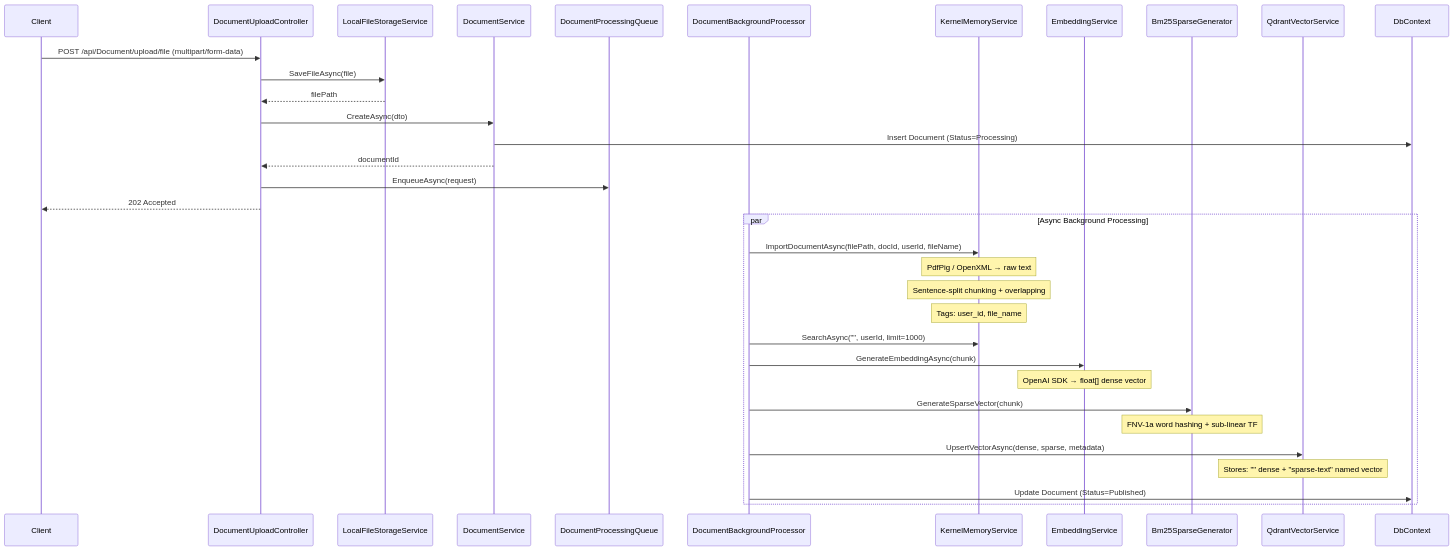
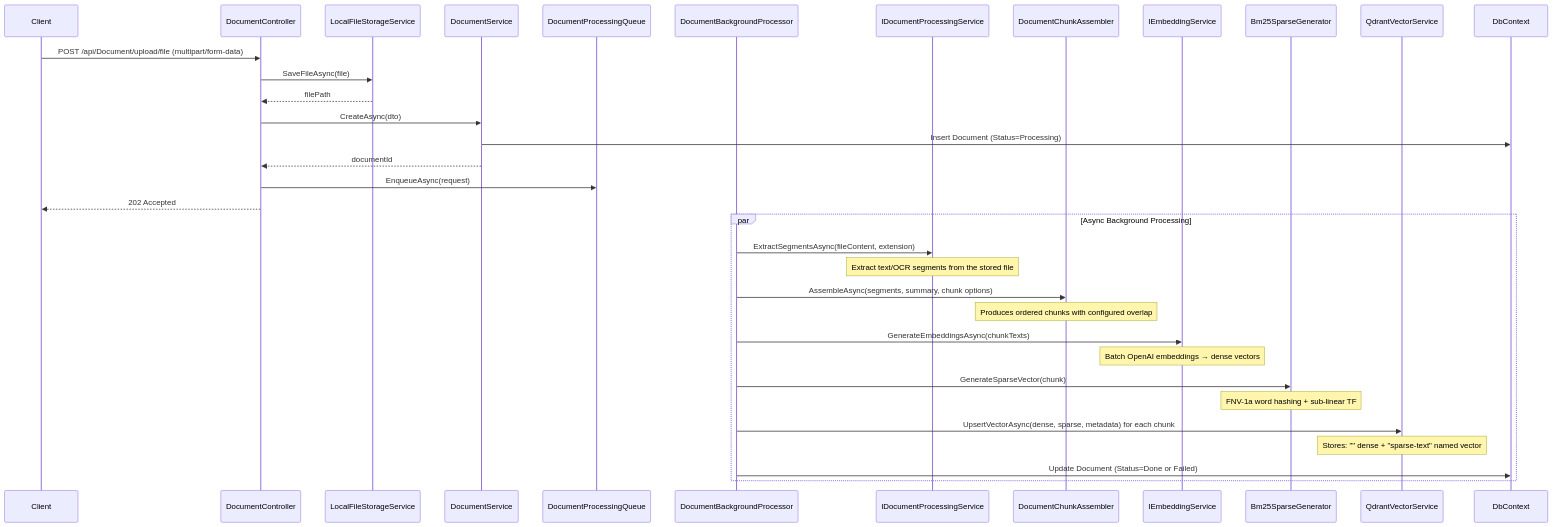
Before and after one commit to SWP391-SU26-SE1923-GROUP5/BE-SWP: the first of 5 diagrams in README.md, drawn with Mermaid. The commit also changed other lines of this file and 2 other files, not shown here.

Commit message:
fix: align upload generation documentation

````diff
--- a/README.md
+++ b/README.md
@@ -76,40 +76,39 @@
 ```mermaid
 sequenceDiagram
     participant Client
-    participant Ctrl as DocumentUploadController
+    participant Ctrl as DocumentController
     participant Storage as LocalFileStorageService
     participant DocSvc as DocumentService
     participant Queue as DocumentProcessingQueue
     participant Proc as DocumentBackgroundProcessor
-    participant KM as KernelMemoryService
-    participant Embed as EmbeddingService
+    participant Extract as IDocumentProcessingService
+    participant Assemble as DocumentChunkAssembler
+    participant Embed as IEmbeddingService
     participant Sparse as Bm25SparseGenerator
     participant Qdrant as QdrantVectorService
     participant DB as DbContext
 
     Client->>Ctrl: POST /api/Document/upload/file (multipart/form-data)
     Ctrl->>Storage: SaveFileAsync(file)
     Storage-->>Ctrl: filePath
     Ctrl->>DocSvc: CreateAsync(dto)
     DocSvc->>DB: Insert Document (Status=Processing)
     DocSvc-->>Ctrl: documentId
     Ctrl->>Queue: EnqueueAsync(request)
     Ctrl-->>Client: 202 Accepted
 
     par Async Background Processing
-        Proc->>KM: ImportDocumentAsync(filePath, docId, userId, fileName)
-        Note over KM: PdfPig / OpenXML → raw text
-        Note over KM: Sentence-split chunking + overlapping
-        Note over KM: Tags: user_id, file_name
-
-        Proc->>KM: SearchAsync("", userId, limit=1000)
-        Proc->>Embed: GenerateEmbeddingAsync(chunk)
-        Note over Embed: OpenAI SDK → float[] dense vector
+        Proc->>Extract: ExtractSegmentsAsync(fileContent, extension)
+        Note over Extract: Extract text/OCR segments from the stored file
+        Proc->>Assemble: AssembleAsync(segments, summary, chunk options)
+        Note over Assemble: Produces ordered chunks with configured overlap
+        Proc->>Embed: GenerateEmbeddingsAsync(chunkTexts)
+        Note over Embed: Batch OpenAI embeddings → dense vectors
         Proc->>Sparse: GenerateSparseVector(chunk)
         Note over Sparse: FNV-1a word hashing + sub-linear TF
-        Proc->>Qdrant: UpsertVectorAsync(dense, sparse, metadata)
+        Proc->>Qdrant: UpsertVectorAsync(dense, sparse, metadata) for each chunk
         Note over Qdrant: Stores: "" dense + "sparse-text" named vector
 
-        Proc->>DB: Update Document (Status=Published)
+        Proc->>DB: Update Document (Status=Done or Failed)
     end
 ```
````
